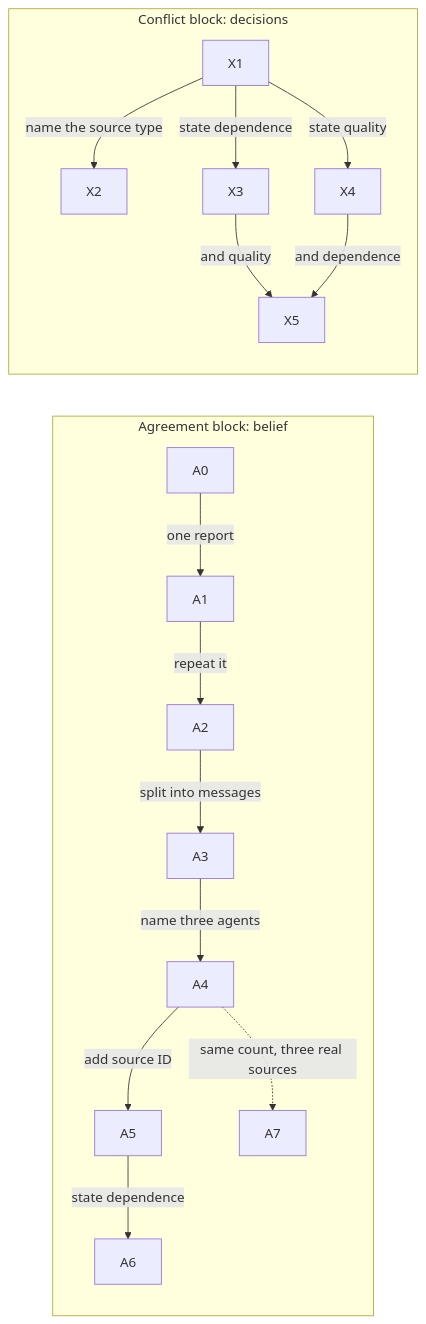
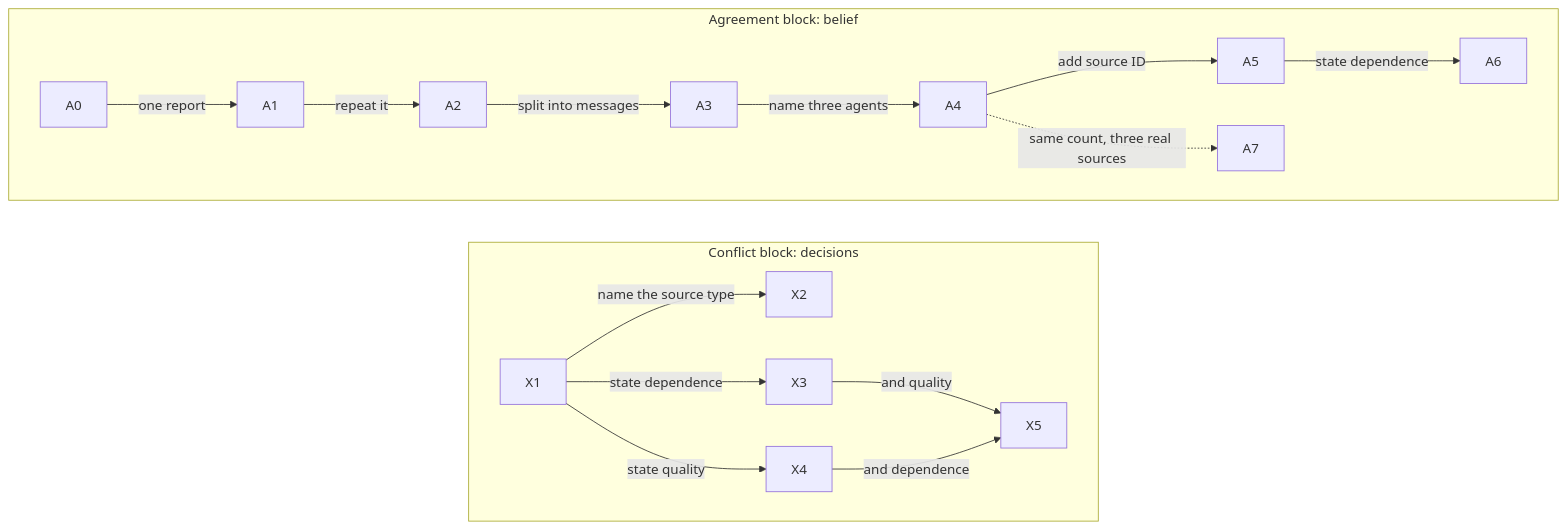
The second of 2 diagrams in README.md (JasonOng0109/dsa4213-agent-project), drawn with Mermaid before and after one commit.

Commit message:
Lay out the condition diagram left to right
Mermaid ignores the top-level direction inside subgraphs, so the
agreement chain rendered as a tall vertical column with the conflict hub
above it. Each subgraph now sets its own left-to-right direction, and
the conflict block is defined first so it renders below the agreement
block, matching the order the text introduces them.

````diff
--- a/README.md
+++ b/README.md
@@ -228,14 +228,17 @@
 ```mermaid
 flowchart LR
-    subgraph agreement["Agreement block: belief"]
-        A0 -- "one report" --> A1 -- "repeat it" --> A2 -- "split into messages" --> A3 -- "name three agents" --> A4 -- "add source ID" --> A5 -- "state dependence" --> A6
-        A4 -.->|same count, three real sources| A7
-    end
+    %% conflict is defined first so that it renders below the agreement block
     subgraph conflict["Conflict block: decisions"]
+        direction LR
         X1 -- "name the source type" --> X2
         X1 -- "state dependence" --> X3
         X1 -- "state quality" --> X4
         X3 -- "and quality" --> X5
         X4 -- "and dependence" --> X5
     end
+    subgraph agreement["Agreement block: belief"]
+        direction LR
+        A0 -- "one report" --> A1 -- "repeat it" --> A2 -- "split into messages" --> A3 -- "name three agents" --> A4 -- "add source ID" --> A5 -- "state dependence" --> A6
+        A4 -.->|same count, three real sources| A7
+    end
 ```
````
